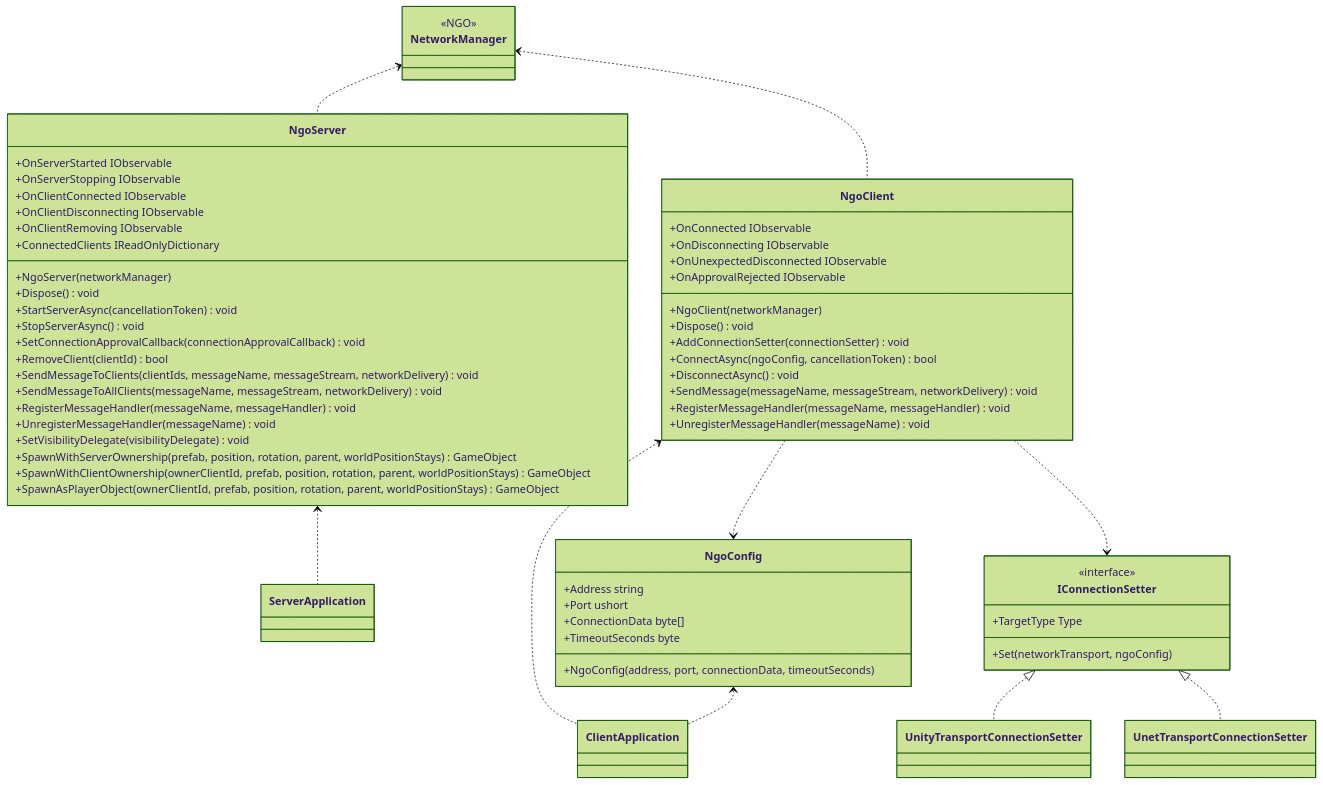
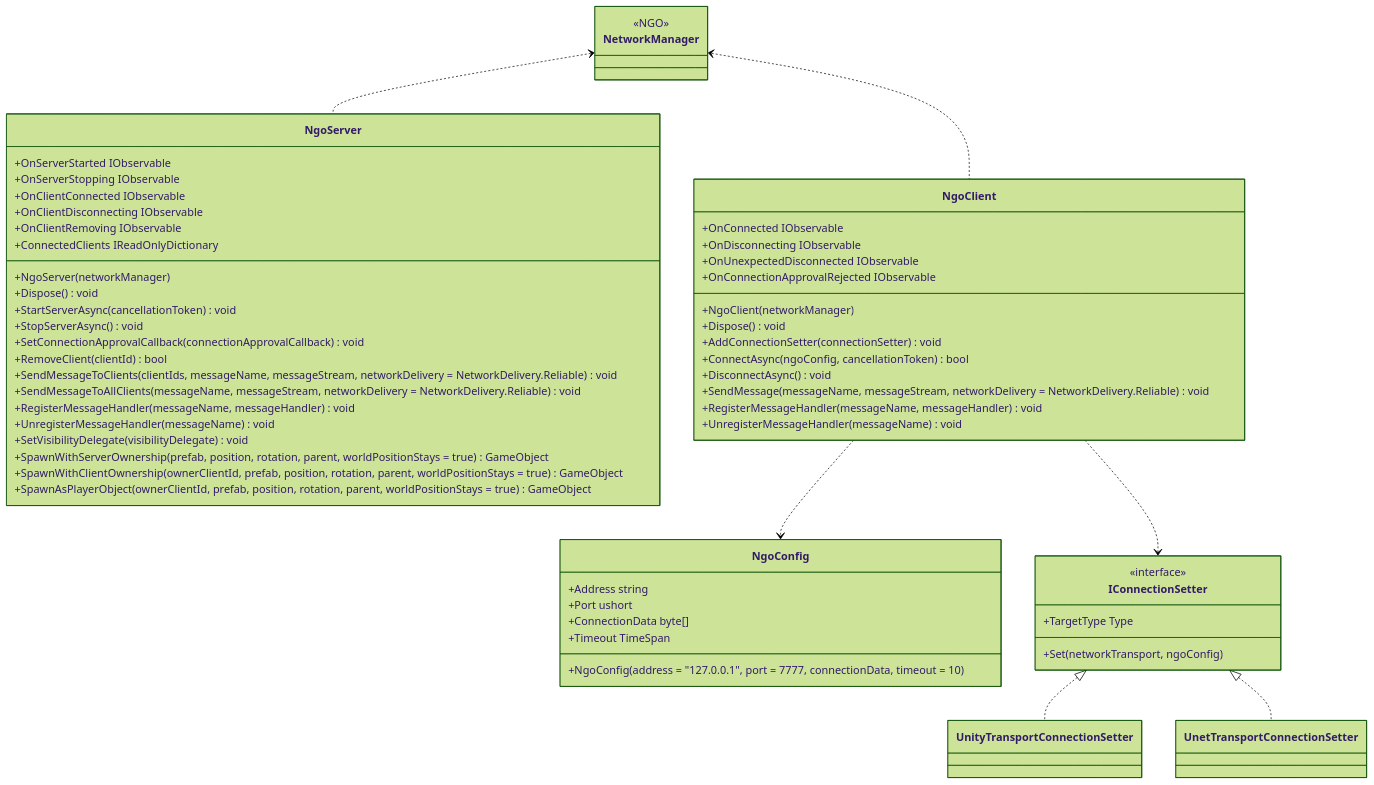
The diagram in docs/integration/multiplay.ngo.md (extreal-dev/Extreal.Guide), drawn with Mermaid (forest theme) before and after one commit. The commit also changed other lines of this file, not shown here.

Commit message:
Multiplay.NGOのガイドとソースの整合性を見直し

````diff
--- a/docs/integration/multiplay.ngo.md
+++ b/docs/integration/multiplay.ngo.md
@@ -63,81 +63,72 @@
 ```mermaid
 classDiagram
 
-    NgoServer <.. ServerApplication
-    NgoClient <.. ClientApplication
-    NgoConfig <.. ClientApplication
     NetworkManager <.. NgoServer
     NetworkManager <.. NgoClient
     NgoClient ..> NgoConfig
     NgoClient ..> IConnectionSetter
     IConnectionSetter <|.. UnityTransportConnectionSetter
     IConnectionSetter <|.. UnetTransportConnectionSetter
-
-    class ServerApplication {
-    }
-
-    class ClientApplication {
-    }
 
     class NetworkManager {
         <<NGO>>
     }
 
     class NgoServer {
         +OnServerStarted IObservable
         +OnServerStopping IObservable
         +OnClientConnected IObservable
         +OnClientDisconnecting IObservable
         +OnClientRemoving IObservable
         +ConnectedClients IReadOnlyDictionary
         +NgoServer(networkManager)
         +Dispose() void
         +StartServerAsync(cancellationToken) void
         +StopServerAsync() void
         +SetConnectionApprovalCallback(connectionApprovalCallback) void
         +RemoveClient(clientId) bool
-        +SendMessageToClients(clientIds, messageName, messageStream, networkDelivery) void
-        +SendMessageToAllClients(messageName, messageStream, networkDelivery) void
+        +SendMessageToClients(clientIds, messageName, messageStream, networkDelivery = NetworkDelivery.Reliable) void
+        +SendMessageToAllClients(messageName, messageStream, networkDelivery = NetworkDelivery.Reliable) void
         +RegisterMessageHandler(messageName, messageHandler) void
         +UnregisterMessageHandler(messageName) void
         +SetVisibilityDelegate(visibilityDelegate) void
-        +SpawnWithServerOwnership(prefab, position, rotation, parent, worldPositionStays) GameObject
-        +SpawnWithClientOwnership(ownerClientId, prefab, position, rotation, parent, worldPositionStays) GameObject
-        +SpawnAsPlayerObject(ownerClientId, prefab, position, rotation, parent, worldPositionStays) GameObject
+        +SpawnWithServerOwnership(prefab, position, rotation, parent, worldPositionStays = true) GameObject
+        +SpawnWithClientOwnership(ownerClientId, prefab, position, rotation, parent, worldPositionStays = true) GameObject
+        +SpawnAsPlayerObject(ownerClientId, prefab, position, rotation, parent, worldPositionStays = true) GameObject
     }
 
     class NgoClient {
         +OnConnected IObservable
         +OnDisconnecting IObservable
         +OnUnexpectedDisconnected IObservable
-        +OnApprovalRejected IObservable
+        +OnConnectionApprovalRejected IObservable
         +NgoClient(networkManager)
         +Dispose() void
         +AddConnectionSetter(connectionSetter) void
         +ConnectAsync(ngoConfig, cancellationToken) bool
         +DisconnectAsync() void
-        +SendMessage(messageName, messageStream, networkDelivery) void
+        +SendMessage(messageName, messageStream, networkDelivery = NetworkDelivery.Reliable) void
         +RegisterMessageHandler(messageName, messageHandler) void
         +UnregisterMessageHandler(messageName) void
     }
 
     class NgoConfig {
         +Address string
         +Port ushort
         +ConnectionData byte[]
-        +TimeoutSeconds byte
-        +NgoConfig(address, port, connectionData, timeoutSeconds)
+        +Timeout TimeSpan
+        +NgoConfig(address = "127.0.0.1", port = 7777, connectionData, timeout = 10)
     }
 
     class IConnectionSetter {
         <<interface>>
         +TargetType Type
         +Set(networkTransport, ngoConfig)
     }
 
     class UnityTransportConnectionSetter {
     }
 
     class UnetTransportConnectionSetter {
     }
 ```
````
